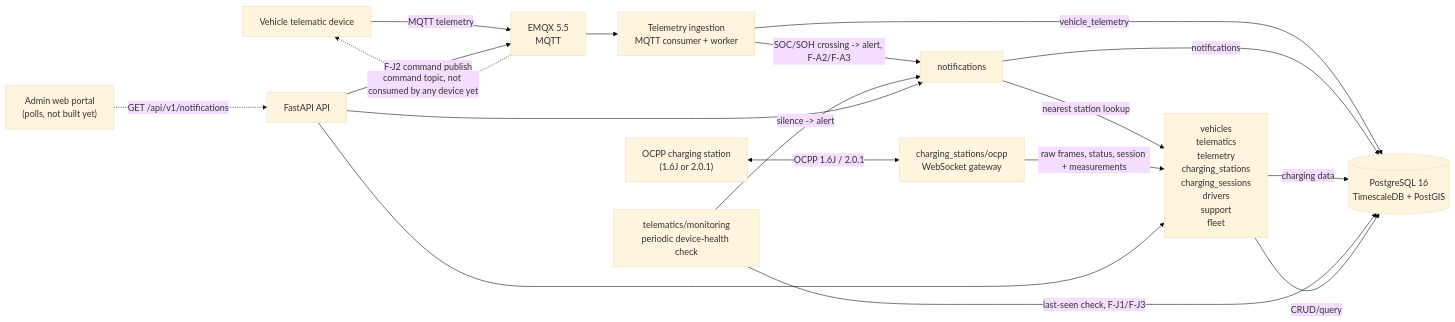
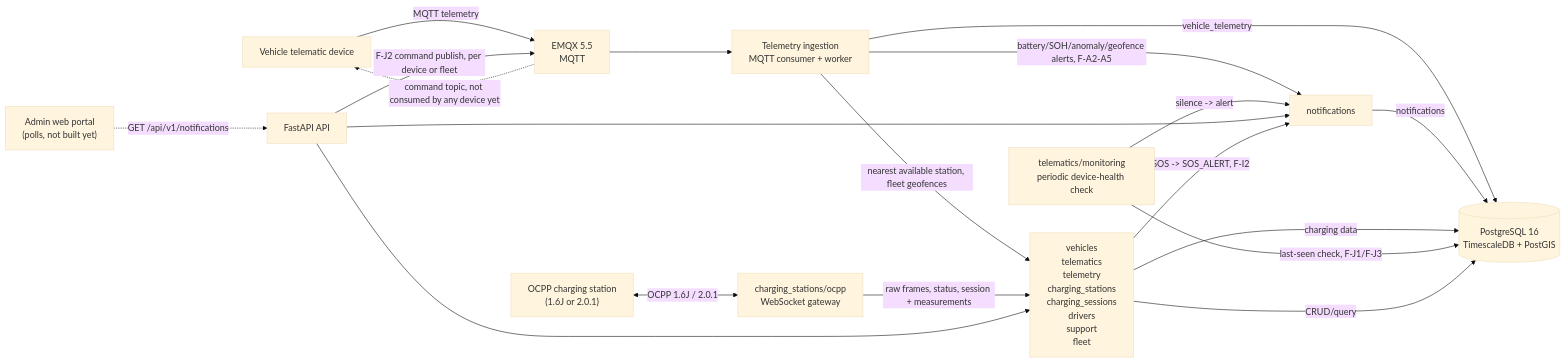
One commit to yolo-coccoc/G3Network-app changed the diagram in docs/00-status/architecture.md. Above: the diagram before and after it, drawn with Mermaid (base theme). The commit also changed other lines of this file and 12 other files, not shown here.

````diff
--- a/docs/00-status/architecture.md
+++ b/docs/00-status/architecture.md
@@ -8,35 +8,36 @@
 ```mermaid
 flowchart LR
     Vehicle["Vehicle telematic device"]
     Station["OCPP charging station\n(1.6J or 2.0.1)"]
     Broker["EMQX 5.5\nMQTT"]
     Ingestion["Telemetry ingestion\nMQTT consumer + worker"]
     OCPP["charging_stations/ocpp\nWebSocket gateway"]
     Monitor["telematics/monitoring\nperiodic device-health check"]
     API["FastAPI API"]
     Domains["vehicles\ntelematics\ntelemetry\ncharging_stations\ncharging_sessions\ndrivers\nsupport\nfleet"]
     Notifications["notifications"]
     DB[("PostgreSQL 16\nTimescaleDB + PostGIS")]
     Portal["Admin web portal\n(polls, not built yet)"]
 
     Vehicle -->|MQTT telemetry| Broker
     Broker --> Ingestion
     Ingestion -->|vehicle_telemetry| DB
-    Ingestion -->|SOC/SOH crossing -> alert, F-A2/F-A3| Notifications
-    Notifications -->|nearest station lookup| Domains
+    Ingestion -->|battery/SOH/anomaly/geofence alerts, F-A2-A5| Notifications
+    Ingestion -->|nearest available station, fleet geofences| Domains
     Notifications -->|notifications| DB
 
     Station <-->|OCPP 1.6J / 2.0.1| OCPP
     OCPP -->|raw frames, status, session + measurements| Domains
     Domains -->|charging data| DB
 
     Monitor -->|last-seen check, F-J1/F-J3| DB
     Monitor -->|silence -> alert| Notifications
 
     API --> Domains
     API --> Notifications
-    API -->|F-J2 command publish| Broker
+    Domains -->|SOS -> SOS_ALERT, F-I2| Notifications
+    API -->|F-J2 command publish, per device or fleet| Broker
     Broker -.->|command topic, not consumed by any device yet| Vehicle
     Domains -->|CRUD/query| DB
     Portal -.->|GET /api/v1/notifications| API
 ```
````
